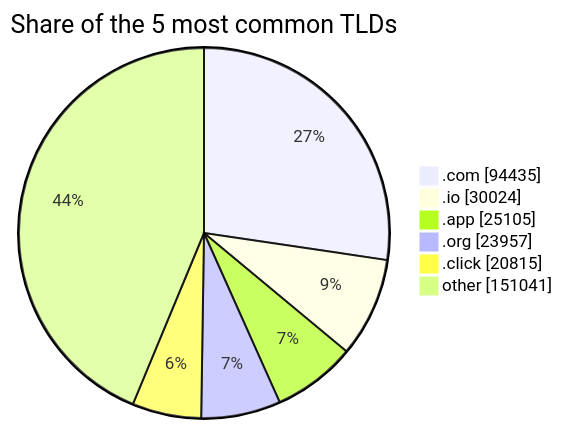
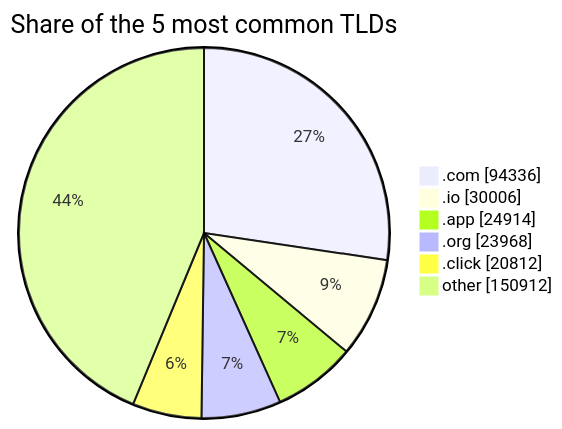
Before and after one commit to DNSBunker/CTI: the third of 3 diagrams in README.md, drawn with Mermaid. The commit also changed other lines of this file and 4 other files, not shown here.

````diff
--- a/README.md
+++ b/README.md
@@ -81,9 +81,9 @@
 ```mermaid
 pie showData title Share of the 5 most common TLDs
-    ".com" : 94435
-    ".io" : 30024
-    ".app" : 25105
-    ".org" : 23957
-    ".click" : 20815
-    "other" : 151041
+    ".com" : 94336
+    ".io" : 30006
+    ".app" : 24914
+    ".org" : 23968
+    ".click" : 20812
+    "other" : 150912
 ```
````
